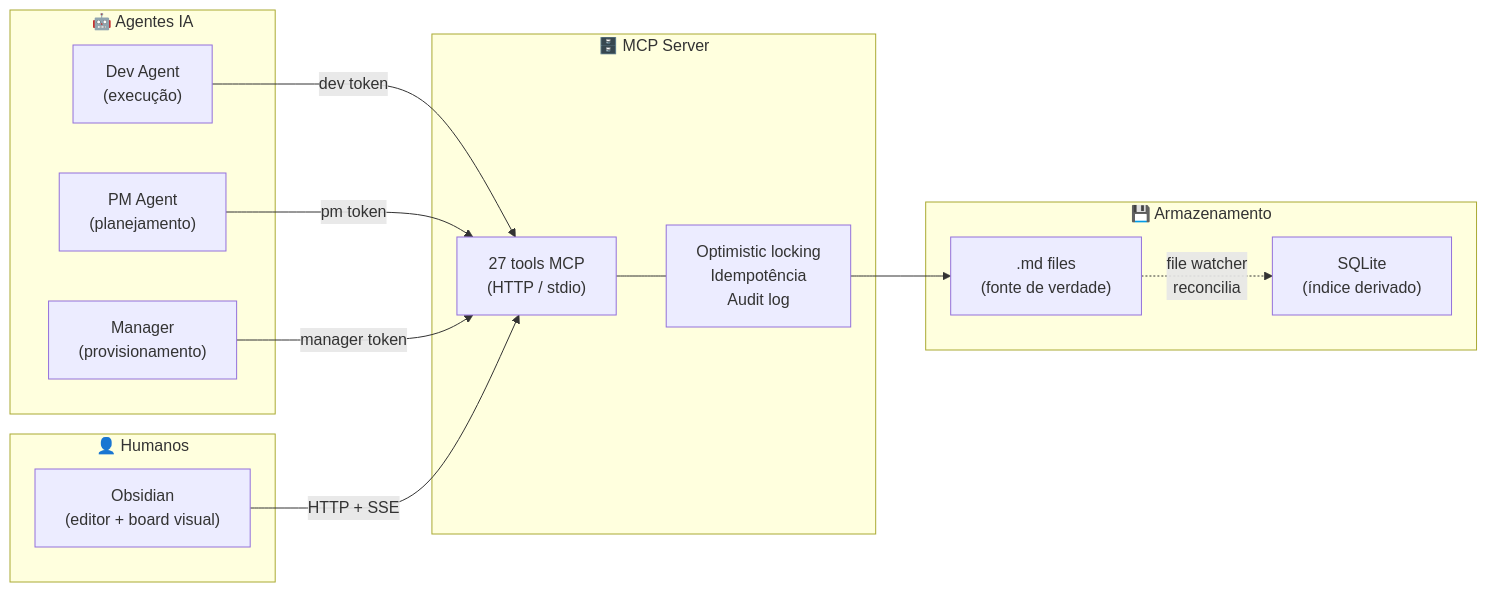
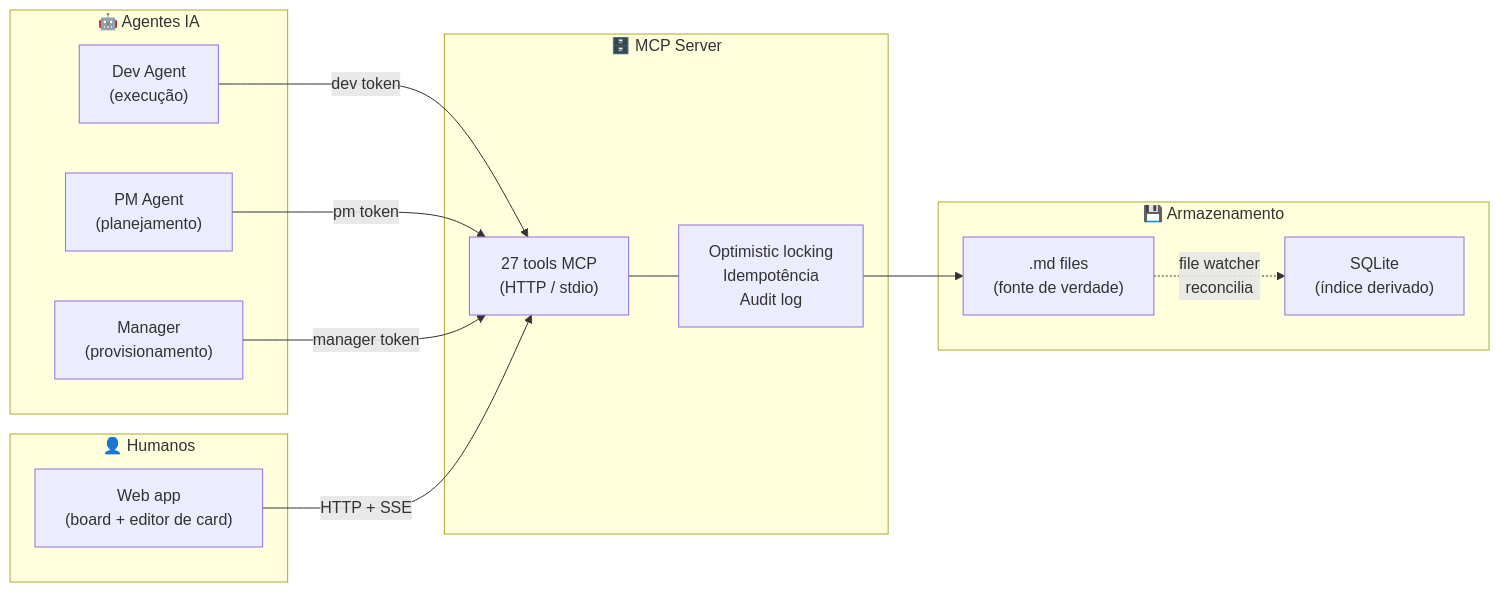
Before and after one commit to kauelopes/obsidianban: the diagram in README.md, drawn with Mermaid. The commit also changed other lines of this file and 56 other files, not shown here.

````diff
--- a/README.md
+++ b/README.md
@@ -13,30 +13,30 @@
 ```mermaid
 flowchart LR
     subgraph Agents["🤖 Agentes IA"]
         DEV["Dev Agent\n(execução)"]
         PM["PM Agent\n(planejamento)"]
         MGR["Manager\n(provisionamento)"]
     end
 
     subgraph Humans["👤 Humanos"]
-        OBS["Obsidian\n(editor + board visual)"]
+        WEB["Web app\n(board + editor de card)"]
     end
 
     subgraph Server["🗄️ MCP Server"]
         MCP["27 tools MCP\n(HTTP / stdio)"]
         LOCK["Optimistic locking\nIdempotência\nAudit log"]
     end
 
     subgraph Storage["💾 Armazenamento"]
         MD[".md files\n(fonte de verdade)"]
         DB["SQLite\n(índice derivado)"]
     end
 
     DEV -->|"dev token"| MCP
     PM -->|"pm token"| MCP
     MGR -->|"manager token"| MCP
-    OBS -->|"HTTP + SSE"| MCP
+    WEB -->|"HTTP + SSE"| MCP
     MCP --- LOCK
     LOCK --> MD
     MD -.->|"file watcher\nreconcilia"| DB
 ```
````
